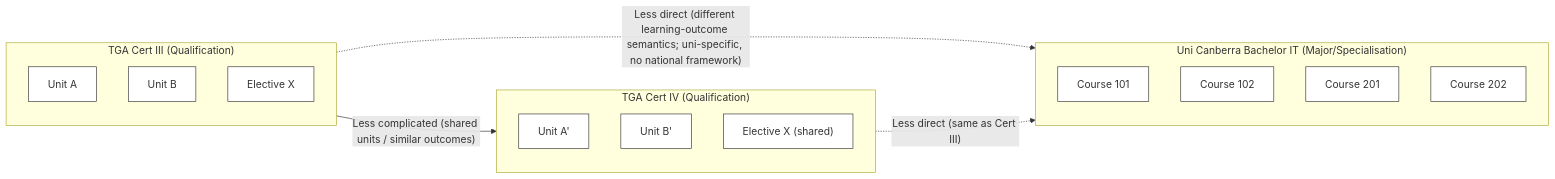
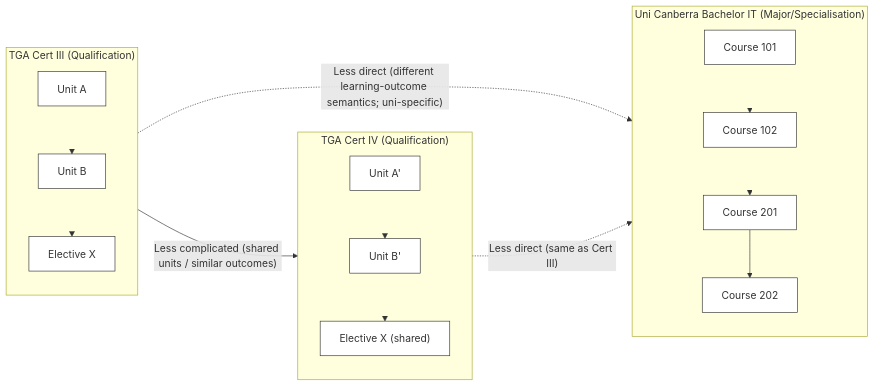
The first of 3 diagrams in reports/creditTransferModels.md (leskneebone/skills-SPARQL), drawn with Mermaid before and after one commit.

````diff
--- a/reports/creditTransferModels.md
+++ b/reports/creditTransferModels.md
@@ -1,32 +1,37 @@
 ```mermaid
 flowchart LR
   %% Diagram 1 — direct mappings (VET↔VET easier than VET↔HE)
 
   subgraph CertIII["TGA Cert III (Qualification)"]
-    direction TB
     C3a["Unit A"]:::unit
     C3b["Unit B"]:::unit
     C3d["Elective X"]:::unit
+    C3a --> C3b
+    C3b --> C3d
   end
 
   subgraph CertIV["TGA Cert IV (Qualification)"]
-    direction TB
     C4a["Unit A'"]:::unit
     C4b["Unit B'"]:::unit
     C4x["Elective X (shared)"]:::unit
+    C4a --> C4b
+    C4b --> C4x
   end
 
   subgraph UCBIT["Uni Canberra Bachelor IT (Major/Specialisation)"]
-    direction TB
     UC1["Course 101"]:::unit
     UC2["Course 102"]:::unit
     UC3["Course 201"]:::unit
     UC4["Course 202"]:::unit
+    UC1 --> UC2 --> UC3 --> UC4
   end
 
   CertIII -- "Less complicated (shared units / similar outcomes)" --> CertIV
-  CertIII -. "Less direct (different learning-outcome semantics; uni-specific, no national framework)" .-> UCBIT
+  CertIII -. "Less direct (different learning-outcome semantics; uni-specific)" .-> UCBIT
   CertIV  -. "Less direct (same as Cert III)" .-> UCBIT
 
   classDef unit fill:#fff,stroke:#333,stroke-width:1px;
+
+  %% hide internal ordering arrows
+  linkStyle 0,1,2,3,4,5 stroke-width:0px;
 ```
````
